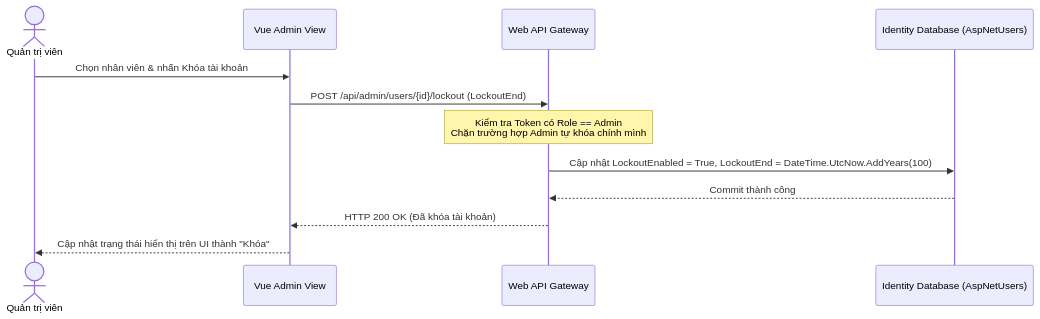
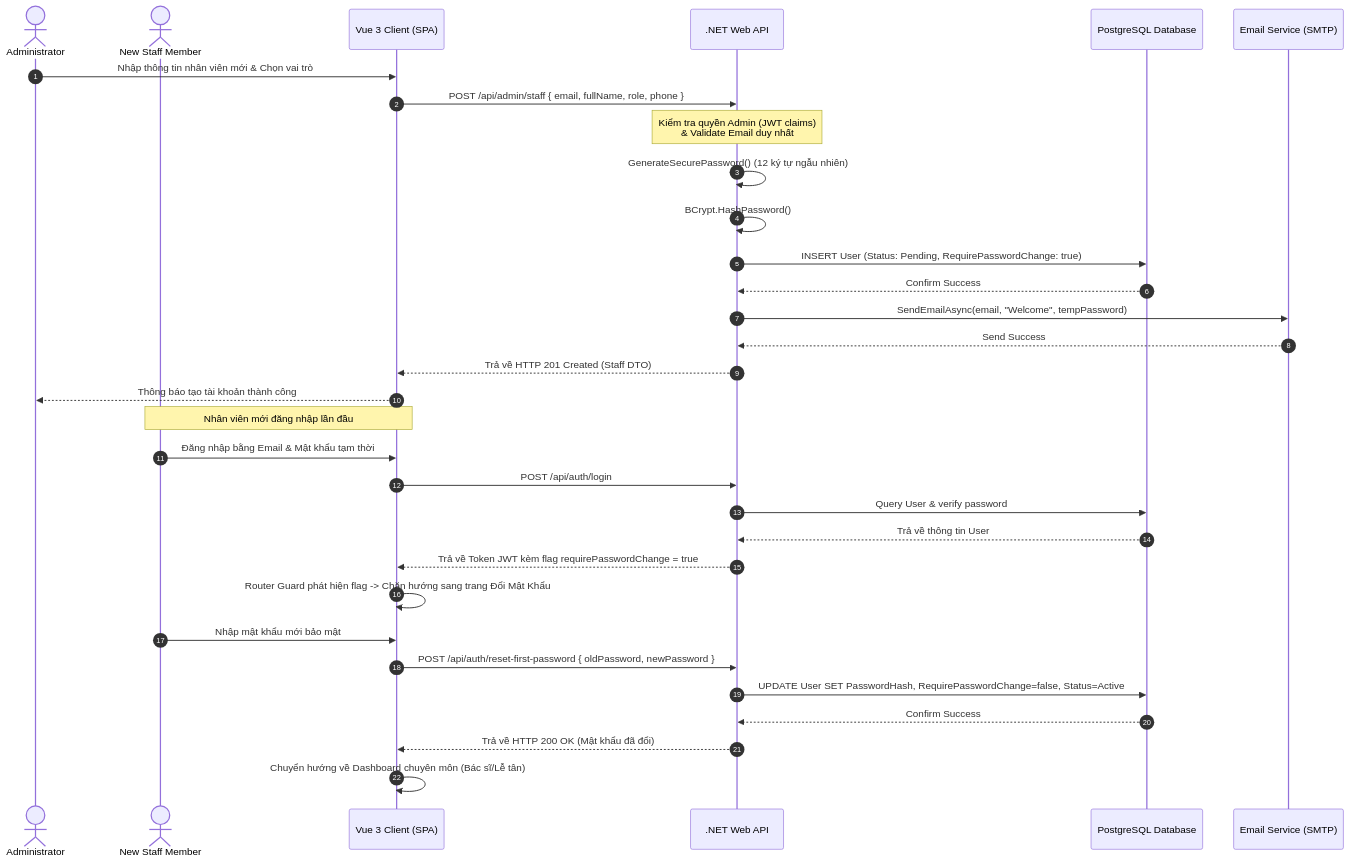
One commit to NamSD1901/DATN-Final changed the diagram in plan/features/deep-decomposition/phase3-23-admin-users/TECHNICAL_SPEC.md. Above: the diagram before and after it, drawn with Mermaid. The commit also changed other lines of this file and 11 other files, not shown here.

Commit message:
docs: upgrade specifications for phase 3 - admin staff management & role authorization

````diff
--- a/plan/features/deep-decomposition/phase3-23-admin-users/TECHNICAL_SPEC.md
+++ b/plan/features/deep-decomposition/phase3-23-admin-users/TECHNICAL_SPEC.md
@@ -11,15 +11,36 @@
 ```mermaid
 sequenceDiagram
-    actor Admin as Quản trị viên
-    participant FE as Vue Admin View
-    participant API as Web API Gateway
-    participant DB as Identity Database (AspNetUsers)
+    autonumber
+    actor A as Administrator
+    actor S as New Staff Member
+    participant FE as Vue 3 Client (SPA)
+    participant BE as .NET Web API
+    participant DB as PostgreSQL Database
+    participant MS as Email Service (SMTP)
 
-    Admin->>FE: Chọn nhân viên & nhấn Khóa tài khoản
-    FE->>API: POST /api/admin/users/{id}/lockout (LockoutEnd)
-    Note over API: Kiểm tra Token có Role == Admin<br/>Chặn trường hợp Admin tự khóa chính mình
-    API->>DB: Cập nhật LockoutEnabled = True, LockoutEnd = DateTime.UtcNow.AddYears(100)
-    DB-->>API: Commit thành công
-    API-->>FE: HTTP 200 OK (Đã khóa tài khoản)
-    FE-->>Admin: Cập nhật trạng thái hiển thị trên UI thành "Khóa"
+    A->>FE: Nhập thông tin nhân viên mới & Chọn vai trò
+    FE->>BE: POST /api/admin/staff { email, fullName, role, phone }
+    Note over BE: Kiểm tra quyền Admin (JWT claims)<br>& Validate Email duy nhất
+    BE->>BE: GenerateSecurePassword() (12 ký tự ngẫu nhiên)
+    BE->>BE: BCrypt.HashPassword()
+    BE->>DB: INSERT User (Status: Pending, RequirePasswordChange: true)
+    DB-->>BE: Confirm Success
+    BE->>MS: SendEmailAsync(email, "Welcome", tempPassword)
+    MS-->>BE: Send Success
+    BE-->>FE: Trả về HTTP 201 Created (Staff DTO)
+    FE-->>A: Thông báo tạo tài khoản thành công
+    
+    Note over S, FE: Nhân viên mới đăng nhập lần đầu
+    S->>FE: Đăng nhập bằng Email & Mật khẩu tạm thời
+    FE->>BE: POST /api/auth/login
+    BE->>DB: Query User & verify password
+    DB-->>BE: Trả về thông tin User
+    BE-->>FE: Trả về Token JWT kèm flag requirePasswordChange = true
+    FE->>FE: Router Guard phát hiện flag -> Chặn hướng sang trang Đổi Mật Khẩu
+    S->>FE: Nhập mật khẩu mới bảo mật
+    FE->>BE: POST /api/auth/reset-first-password { oldPassword, newPassword }
+    BE->>DB: UPDATE User SET PasswordHash, RequirePasswordChange=false, Status=Active
+    DB-->>BE: Confirm Success
+    BE-->>FE: Trả về HTTP 200 OK (Mật khẩu đã đổi)
+    FE->>FE: Chuyển hướng về Dashboard chuyên môn (Bác sĩ/Lễ tân)
 ```
````
